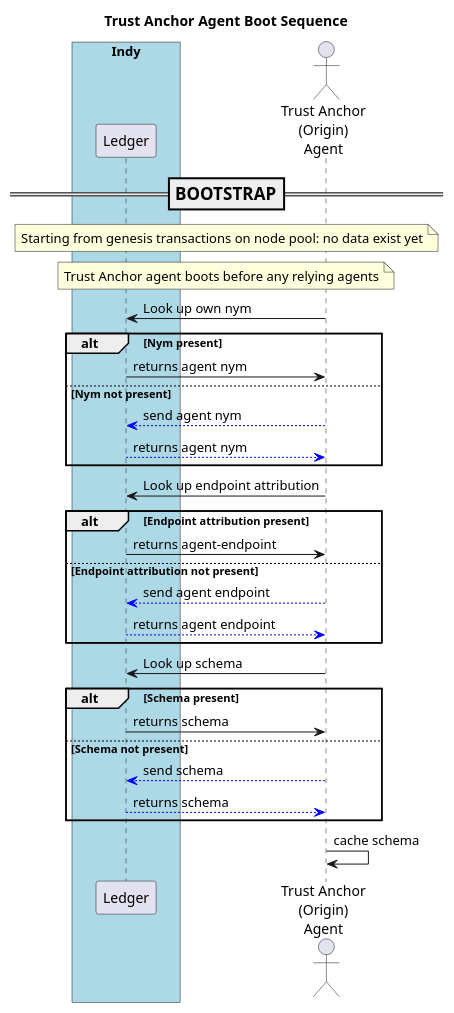
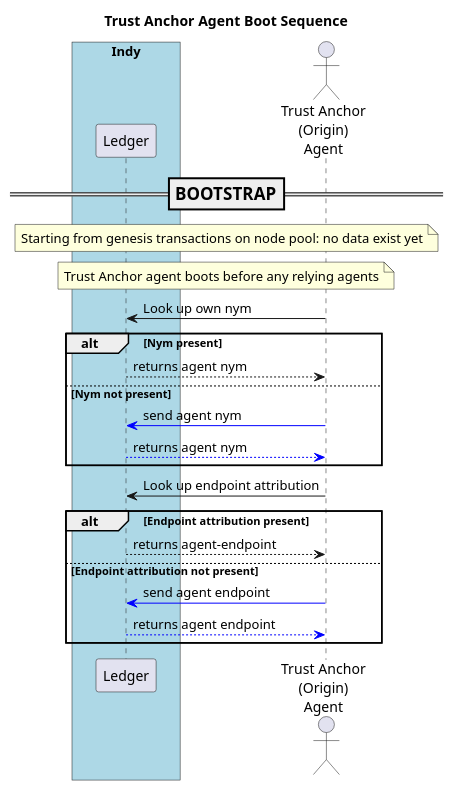
The diagram in doc/pic/src/boot.tag.puml (PSPC-SPAC-buyandsell/von_base), drawn with PlantUML before and after one commit. The commit also changed 20 other files, not shown here.

Commit message:
allow each issuer to originate one schema (or none)

```diff
--- a/doc/pic/src/boot.tag.puml
+++ b/doc/pic/src/boot.tag.puml
@@ -1,64 +1,55 @@
 @startuml
 /'
 Copyright 2017 Government of Canada - Public Services and Procurement Canada - buyandsell.gc.ca
 
 Licensed under the Apache License, Version 2.0 (the "License");
 you may not use this file except in compliance with the License.
 You may obtain a copy of the License at
 
 http://www.apache.org/licenses/LICENSE-2.0
 
 Unless required by applicable law or agreed to in writing, software
 distributed under the License is distributed on an "AS IS" BASIS,
 WITHOUT WARRANTIES OR CONDITIONS OF ANY KIND, either express or implied.
 See the License for the specific language governing permissions and
 limitations under the License.
 '/
 
 skinparam ParticipantPadding 20
 skinparam BaloxPadding 20
 
 title Trust Anchor Agent Boot Sequence
 
 
 box "Indy" #LightBlue
     participant "Ledger" as ledger
 endbox
 actor "Trust Anchor\n(Origin)\nAgent" as tag
 
 === BOOTSTRAP ==
 note over ledger, tag
 Starting from genesis transactions on node pool: no data exist yet
 endnote
 
 
 note over ledger, tag
 Trust Anchor agent boots before any relying agents
 endnote
 
 tag -> ledger: Look up own nym
 alt Nym present
-    ledger -> tag: returns agent nym
+    ledger --> tag: returns agent nym
 else Nym not present
-    tag --[#blue]> ledger: send agent nym
+    tag -[#blue]> ledger: send agent nym
     ledger --[#blue]> tag: returns agent nym
 end
 
 tag -> ledger: Look up endpoint attribution
 alt Endpoint attribution present
-    ledger -> tag: returns agent-endpoint
+    ledger --> tag: returns agent-endpoint
 else Endpoint attribution not present
-    tag --[#blue]> ledger: send agent endpoint
+    tag -[#blue]> ledger: send agent endpoint
     ledger --[#blue]> tag: returns agent endpoint
 end
 
-tag -> ledger: Look up schema
-alt Schema present
-    ledger -> tag: returns schema
-else Schema not present
-    tag --[#blue]> ledger: send schema
-    ledger --[#blue]> tag: returns schema
-end
-tag -> tag: cache schema
-
 @enduml
```
